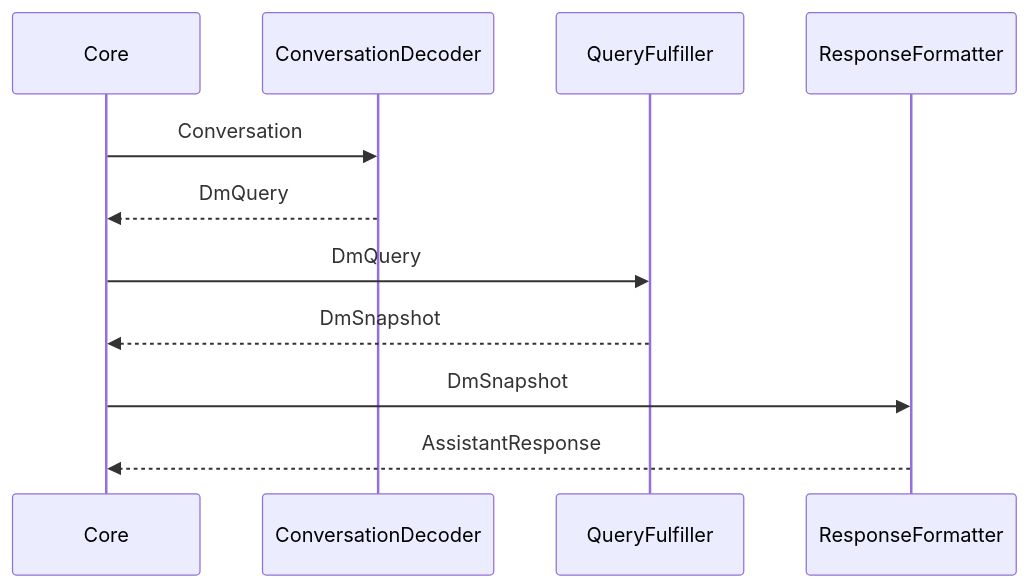
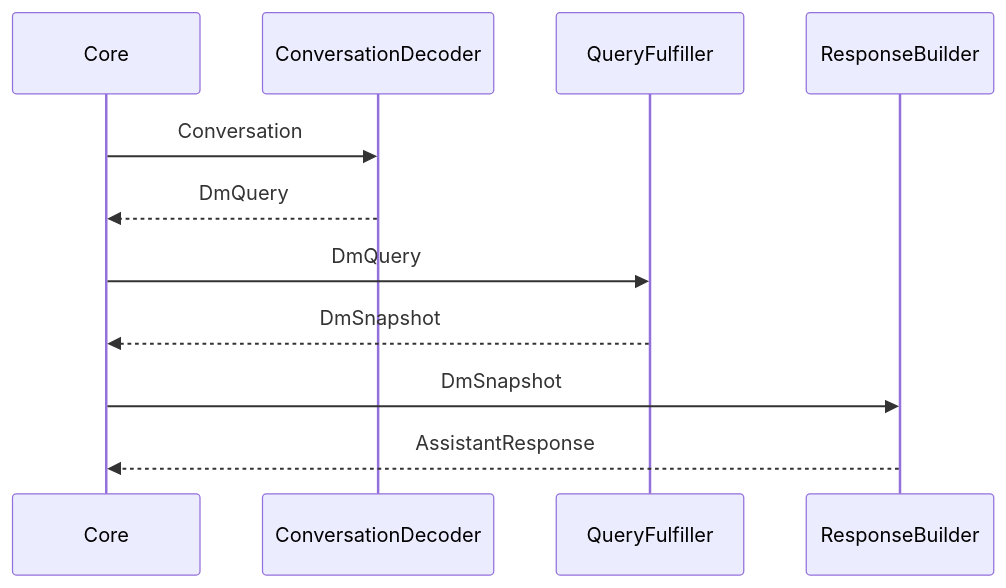
The second of 3 diagrams in CONTRIBUTING.md (nielsmaerten/gluco-check), drawn with Mermaid before and after one commit. The commit also changed other lines of this file, not shown here.

````diff
--- a/CONTRIBUTING.md
+++ b/CONTRIBUTING.md
@@ -146,9 +146,9 @@
 ```mermaid
 sequenceDiagram
 Core->>ConversationDecoder: Conversation
 ConversationDecoder-->>Core: DmQuery
 Core->>QueryFulfiller: DmQuery
 QueryFulfiller-->>Core: DmSnapshot
-Core->>ResponseFormatter: DmSnapshot
-ResponseFormatter-->>Core: AssistantResponse
+Core->>ResponseBuilder: DmSnapshot
+ResponseBuilder-->>Core: AssistantResponse
 ```
````
